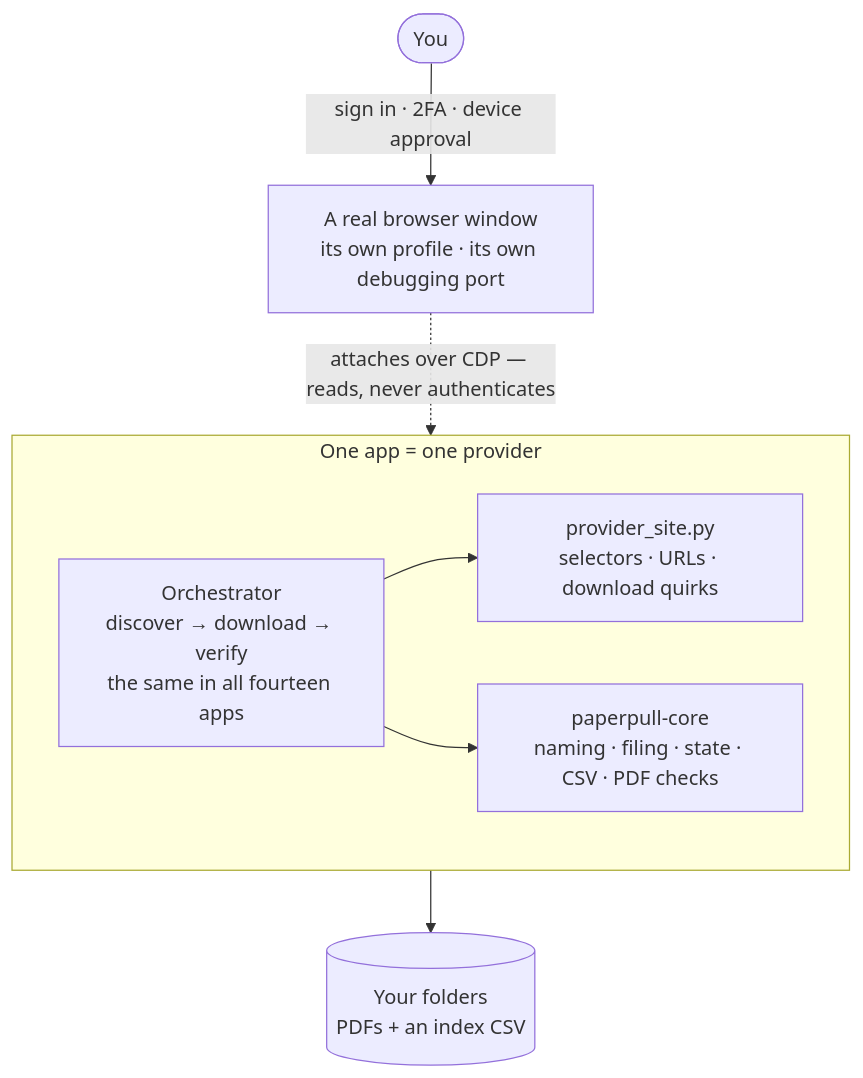
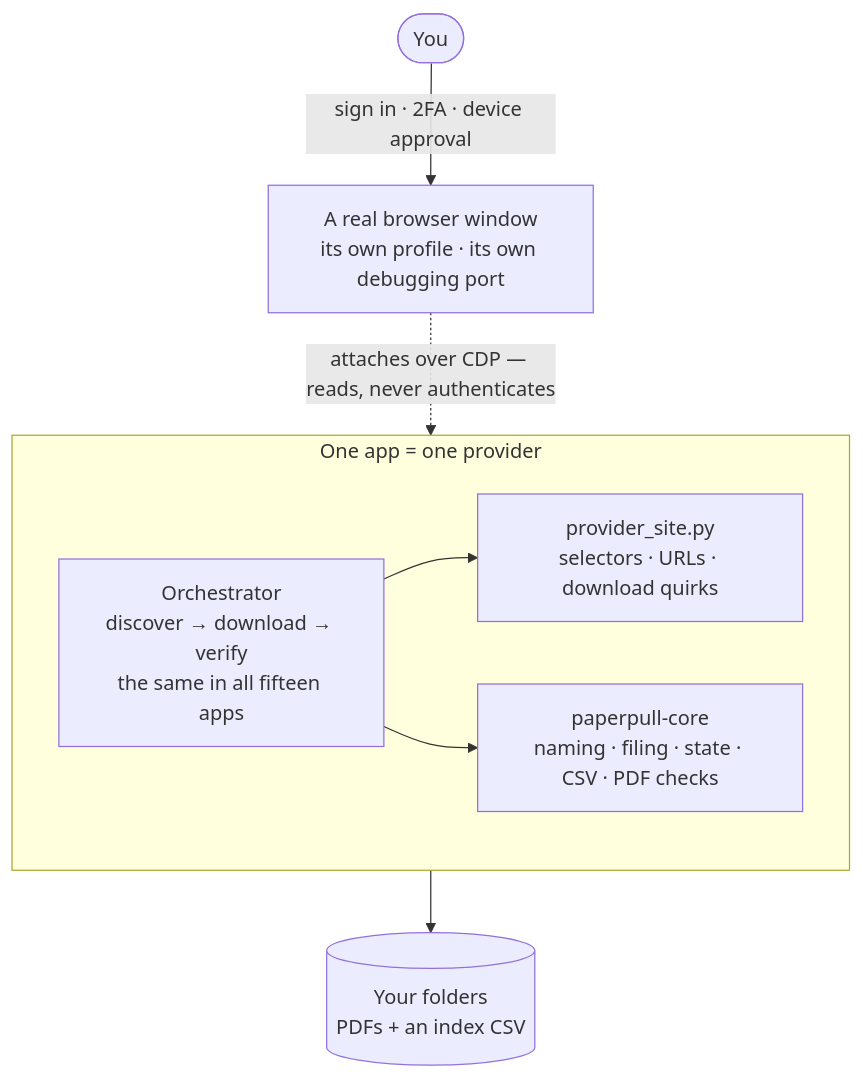
One commit to rheeloaded/paperpull changed the first of 2 diagrams in README.md. Above: the diagram before and after it, drawn with Mermaid. The commit also changed other lines of this file and 31 other files, not shown here.

````diff
--- a/README.md
+++ b/README.md
@@ -48,13 +49,13 @@
 ```mermaid
 flowchart TB
     you(["You"]) -->|"sign in · 2FA · device approval"| br["A real browser window<br/>its own profile · its own debugging port"]
     br -.->|"attaches over CDP — reads, never authenticates"| app
     subgraph app ["One app = one provider"]
-        orch["Orchestrator<br/>discover → download → verify<br/>the same in all fourteen apps"]
+        orch["Orchestrator<br/>discover → download → verify<br/>the same in all fifteen apps"]
         site["provider_site.py<br/>selectors · URLs · download quirks"]
         core["paperpull-core<br/>naming · filing · state · CSV · PDF checks"]
         orch --> site
         orch --> core
     end
     app --> out[("Your folders<br/>PDFs + an index CSV")]
 ```
````
